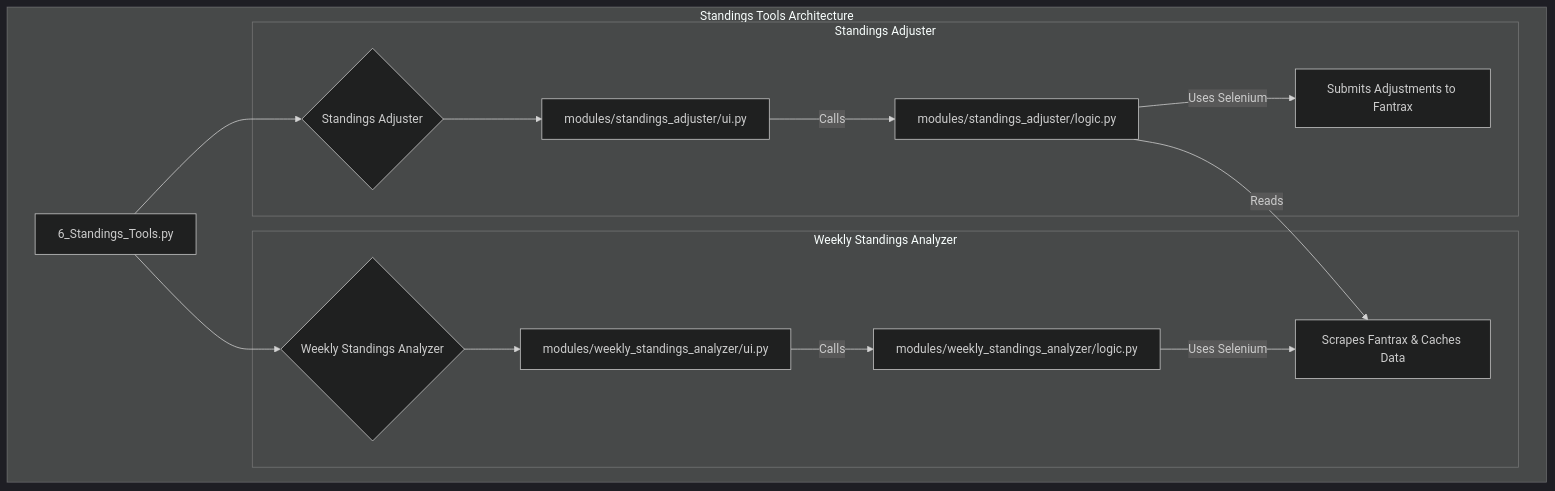
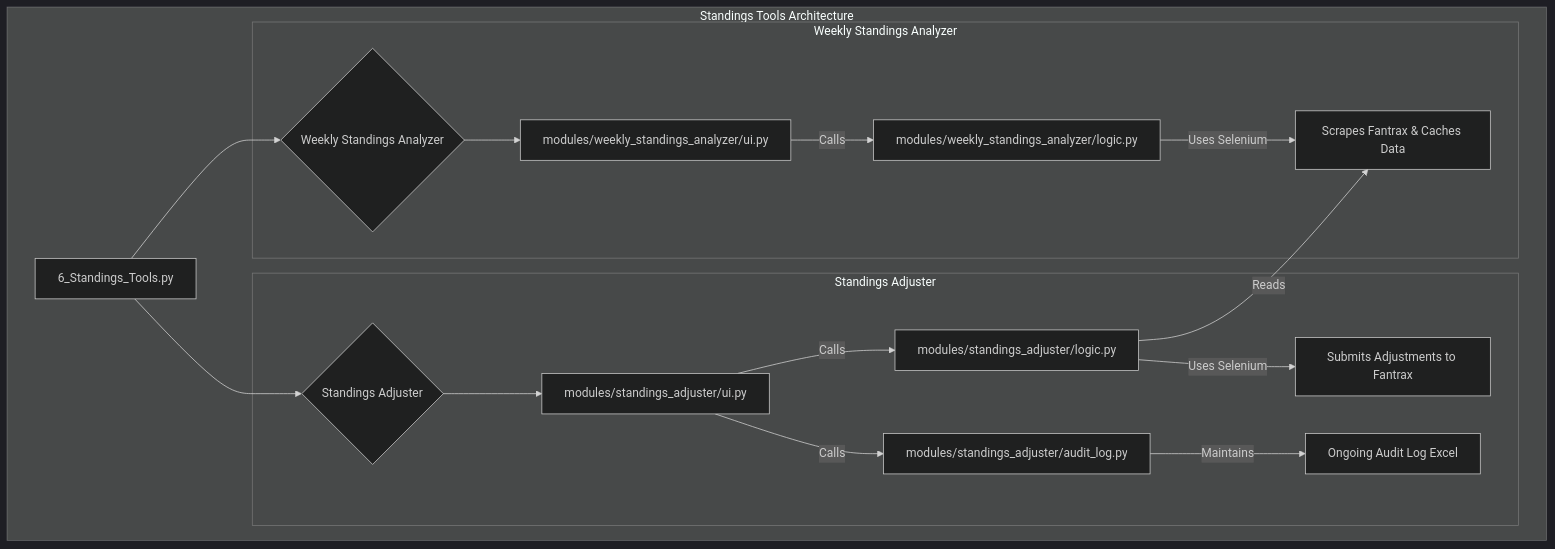
Before and after one commit to lwackahg/Fantasy-Project: the diagram in CascadeProjects/windsurf-project/fantasy-trade-analyzer/plan/deep_dive/190_Feature_Deep_Dive_-_Standings_Tools.md, drawn with Mermaid (dark theme). The commit also changed other lines of this file and 18 other files, not shown here.

First line of the commit message:
feat: Add comprehensive audit log system for standings adjustments

````diff
--- a/CascadeProjects/windsurf-project/fantasy-trade-analyzer/plan/deep_dive/190_Feature_Deep_Dive_-_Standings_Tools.md
+++ b/CascadeProjects/windsurf-project/fantasy-trade-analyzer/plan/deep_dive/190_Feature_Deep_Dive_-_Standings_Tools.md
@@ -20,20 +21,22 @@
 ```mermaid
 graph TD
     subgraph "Standings Tools Architecture"
         A[6_Standings_Tools.py] --> B{Weekly Standings Analyzer};
         A --> C{Standings Adjuster};
 
         subgraph "Weekly Standings Analyzer"
             B --> D[modules/weekly_standings_analyzer/ui.py];
             D -- Calls --> E[modules/weekly_standings_analyzer/logic.py];
             E -- Uses Selenium --> F[Scrapes Fantrax & Caches Data];
         end
 
         subgraph "Standings Adjuster"
             C --> G[modules/standings_adjuster/ui.py];
             G -- Calls --> H[modules/standings_adjuster/logic.py];
+            G -- Calls --> J[modules/standings_adjuster/audit_log.py];
             H -- Reads --> F;
             H -- Uses Selenium --> I[Submits Adjustments to Fantrax];
+            J -- Maintains --> K[Ongoing Audit Log Excel];
         end
     end
 ```
````
